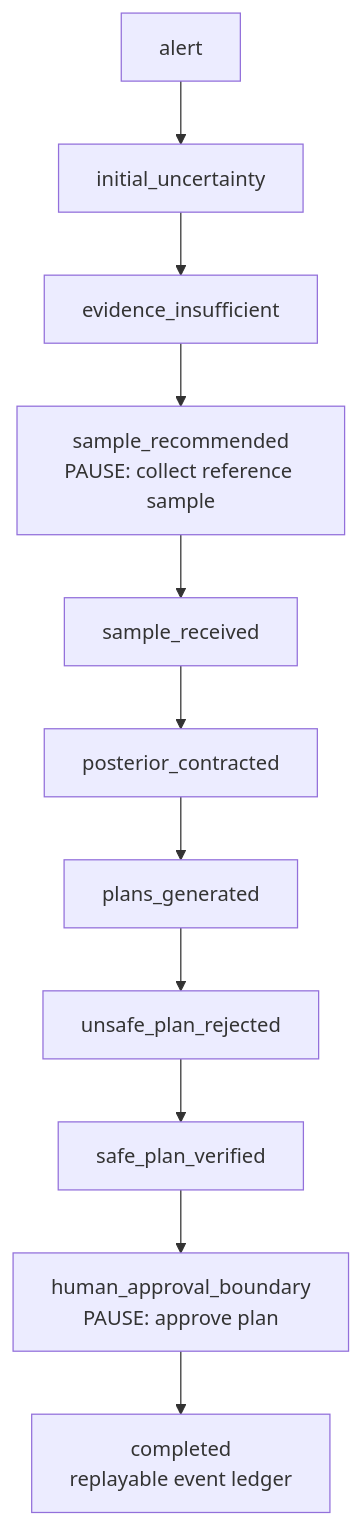
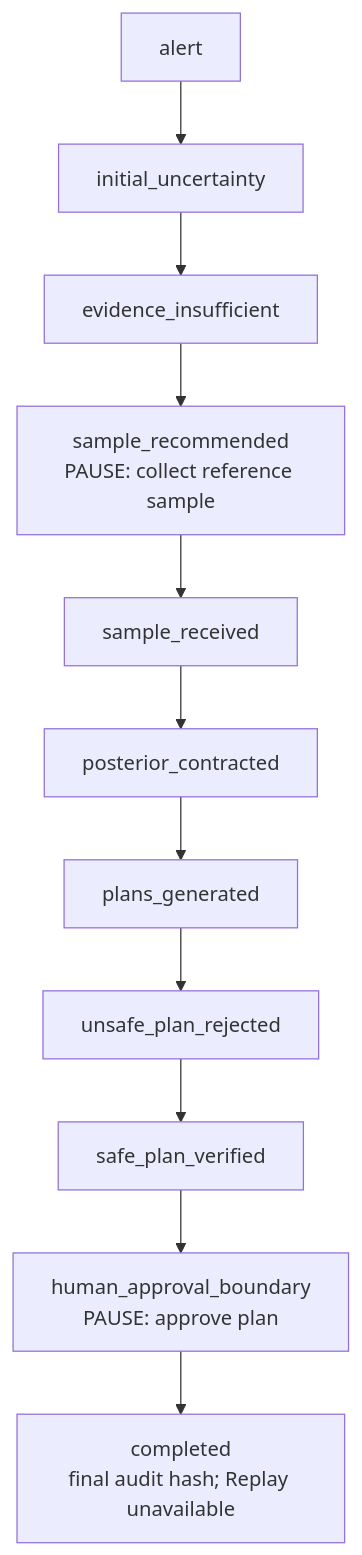
Before and after one commit to insightlabs38-pixel/HydroSwarm: the diagram in docs/REFERENCE_DEMO.md, drawn with Mermaid. The commit also changed other lines of this file and 21 other files, not shown here.

````diff
--- a/docs/REFERENCE_DEMO.md
+++ b/docs/REFERENCE_DEMO.md
@@ -23,13 +23,13 @@
 ```mermaid
 flowchart TD
   M0["alert"] --> M1["initial_uncertainty"]
   M1 --> M2["evidence_insufficient"]
   M2 --> M3["sample_recommended<br/>PAUSE: collect reference sample"]
   M3 --> M4["sample_received"]
   M4 --> M5["posterior_contracted"]
   M5 --> M6["plans_generated"]
   M6 --> M7["unsafe_plan_rejected"]
   M7 --> M8["safe_plan_verified"]
   M8 --> M9["human_approval_boundary<br/>PAUSE: approve plan"]
-  M9 --> M10["completed<br/>replayable event ledger"]
+  M9 --> M10["completed<br/>final audit hash; Replay unavailable"]
 ```
````
